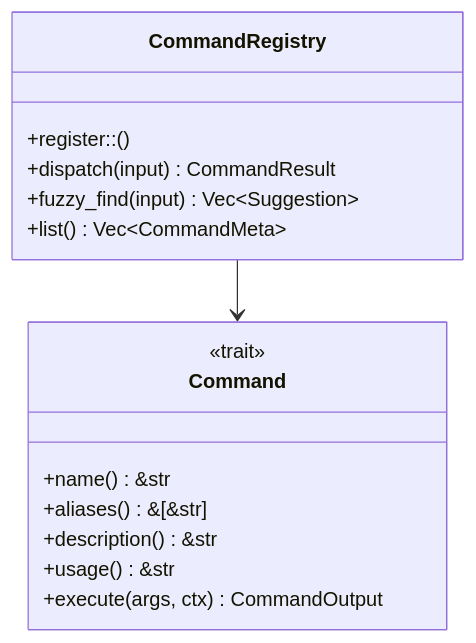
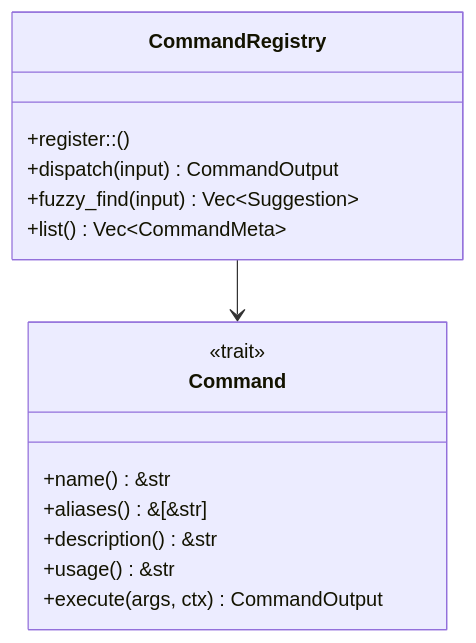
One commit to CheneyYin/emergence changed diagram 11 of 14 in docs/superpowers/specs/2026-05-04-emergence-design.md. Above: the diagram before and after it, drawn with Mermaid. The commit also changed other lines of this file, not shown here.

````diff
--- a/docs/superpowers/specs/2026-05-04-emergence-design.md
+++ b/docs/superpowers/specs/2026-05-04-emergence-design.md
@@ -706,20 +794,20 @@
 ```mermaid
 classDiagram
     class CommandRegistry {
         +register::<C: Command>()
-        +dispatch(input) CommandResult
+        +dispatch(input) CommandOutput
         +fuzzy_find(input) Vec~Suggestion~
         +list() Vec~CommandMeta~
     }
 
     class Command {
         <<trait>>
         +name() &str
         +aliases() &[&str]
         +description() &str
         +usage() &str
         +execute(args, ctx) CommandOutput
     }
 
     CommandRegistry --> Command
 ```
````
